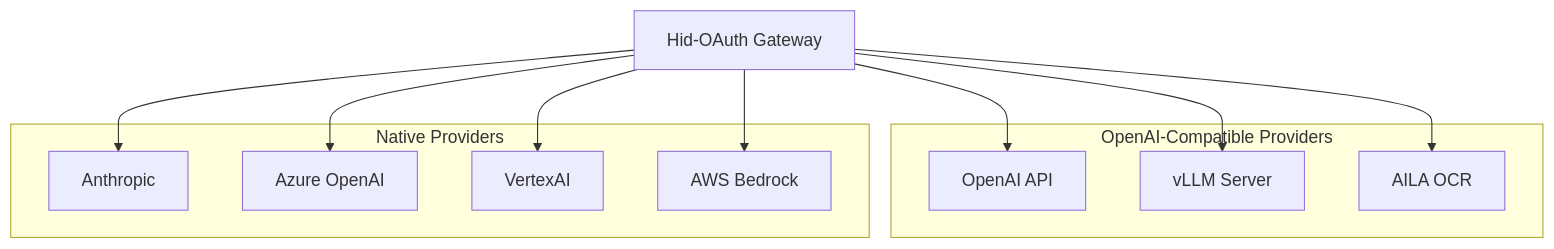
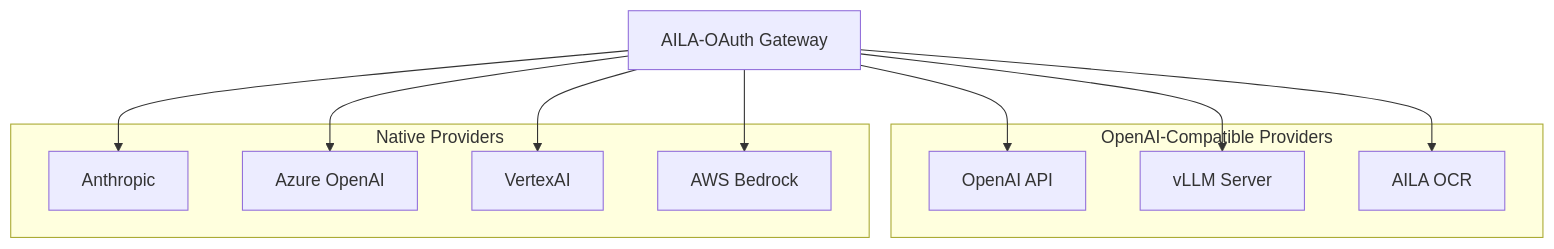
Before and after one commit to Yoiness-Brag/aila-gatway-vllm: the eighth of 9 diagrams in docs/Architecture.md, drawn with Mermaid. The commit also changed other lines of this file and 23 other files, not shown here.

First line of the commit message:
refactor: Rename all HID/hid references to AILA/aila across entire codebase

````diff
--- a/docs/Architecture.md
+++ b/docs/Architecture.md
@@ -453,23 +453,23 @@
 ```mermaid
 graph TD
     subgraph "OpenAI-Compatible Providers"
         OPENAI[OpenAI API]
         VLLM[vLLM Server]
         AILA[AILA OCR]
     end
 
     subgraph "Native Providers"
         ANTHROPIC[Anthropic]
         AZURE[Azure OpenAI]
         VERTEXAI[VertexAI]
         BEDROCK[AWS Bedrock]
     end
 
-    GW[Hid-OAuth Gateway] --> OPENAI
+    GW[AILA-OAuth Gateway] --> OPENAI
     GW --> VLLM
     GW --> AILA
     GW --> ANTHROPIC
     GW --> AZURE
     GW --> VERTEXAI
     GW --> BEDROCK
 ```
````
